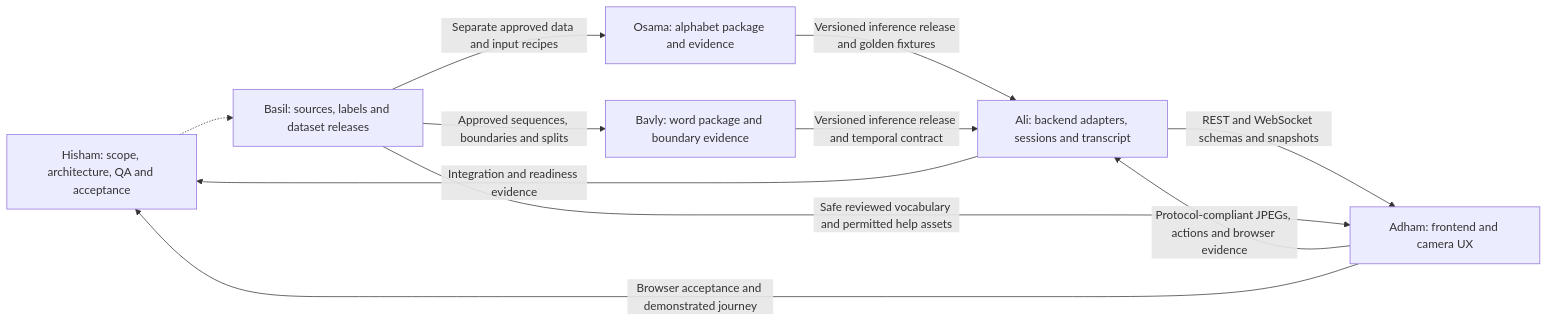
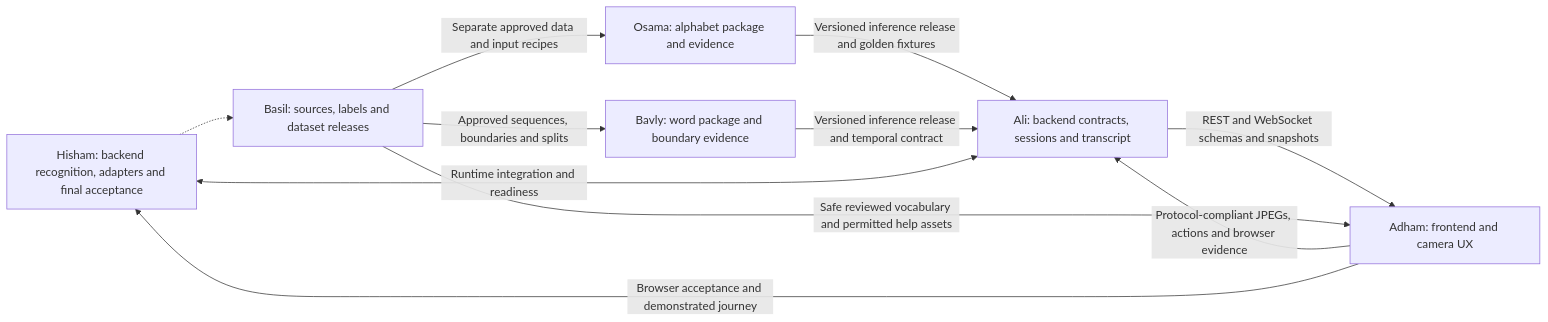
The diagram in docs/team/handoffs.md (Mohamad-Hisham/Signova), drawn with Mermaid before and after one commit. The commit also changed other lines of this file and 18 other files, not shown here.

````diff
--- a/docs/team/handoffs.md
+++ b/docs/team/handoffs.md
@@ -5,13 +5,13 @@
 ```mermaid
 flowchart LR
-  hisham["Hisham: scope, architecture, QA and acceptance"] -.-> basil["Basil: sources, labels and dataset releases"]
+  hisham["Hisham: backend recognition, adapters and final acceptance"] -.-> basil["Basil: sources, labels and dataset releases"]
   basil -->|"Separate approved data and input recipes"| osama["Osama: alphabet package and evidence"]
   basil -->|"Approved sequences, boundaries and splits"| bavly["Bavly: word package and boundary evidence"]
-  osama -->|"Versioned inference release and golden fixtures"| ali["Ali: backend adapters, sessions and transcript"]
+  osama -->|"Versioned inference release and golden fixtures"| ali["Ali: backend contracts, sessions and transcript"]
   bavly -->|"Versioned inference release and temporal contract"| ali
   ali -->|"REST and WebSocket schemas and snapshots"| adham["Adham: frontend and camera UX"]
   adham -->|"Protocol-compliant JPEGs, actions and browser evidence"| ali
   basil -->|"Safe reviewed vocabulary and permitted help assets"| adham
-  ali -->|"Integration and readiness evidence"| hisham
+  ali <-->|"Runtime integration and readiness"| hisham
   adham -->|"Browser acceptance and demonstrated journey"| hisham
 ```
````
